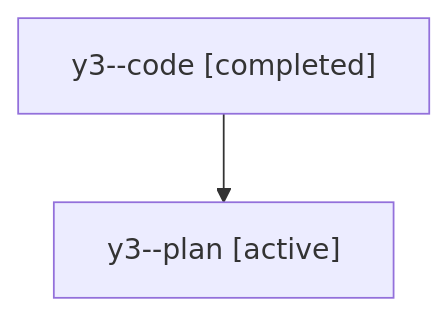
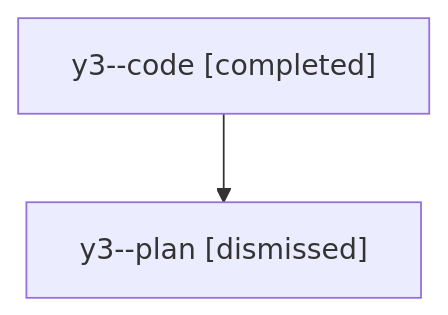
The diagram in sessions/bbugyi200.athena.y3.md (sase-org/sase--agents), drawn with Mermaid before and after one commit. The commit also changed other lines of this file and 23 other files, not shown here.

````diff
--- a/sessions/bbugyi200.athena.y3.md
+++ b/sessions/bbugyi200.athena.y3.md
@@ -9,6 +9,6 @@
 ```mermaid
 flowchart TD
   n0["y3--code [completed]"]
-  n1["y3--plan [active]"]
+  n1["y3--plan [dismissed]"]
   n0 --> n1
 ```
````
